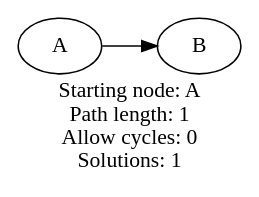
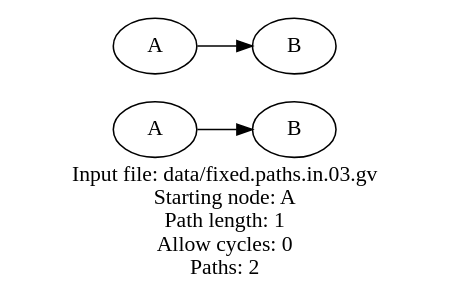
Before and after one commit to graphviz-perl/GraphViz2-Marpa-PathUtils: the diagram in out/fixed.paths.out.03.gv, drawn with Graphviz. The commit also changed 10 other files, not shown here.

Commit message:
Re-run some tests with the latest GraphViz2::Marpa V 2.03. Fix bugs

```diff
--- a/out/fixed.paths.out.03.gv
+++ b/out/fixed.paths.out.03.gv
@@ -1,9 +1,12 @@
 digraph fixed_length_paths
 {
-	label = "Starting node: A\nPath length: 1\nAllow cycles: 0\nSolutions: 1" rankdir = LR
+	label = "Input file: data/fixed.paths.in.03.gv\nStarting node: A\nPath length: 1\nAllow cycles: 0\nPaths: 2" rankdir = LR
 
 	"1" [label = "A"]
 	"2" [label = "B"]
+	"3" [label = "A"]
+	"4" [label = "B"]
 
 	"1"  ->  "2"
+	"3"  ->  "4"
 }
```
